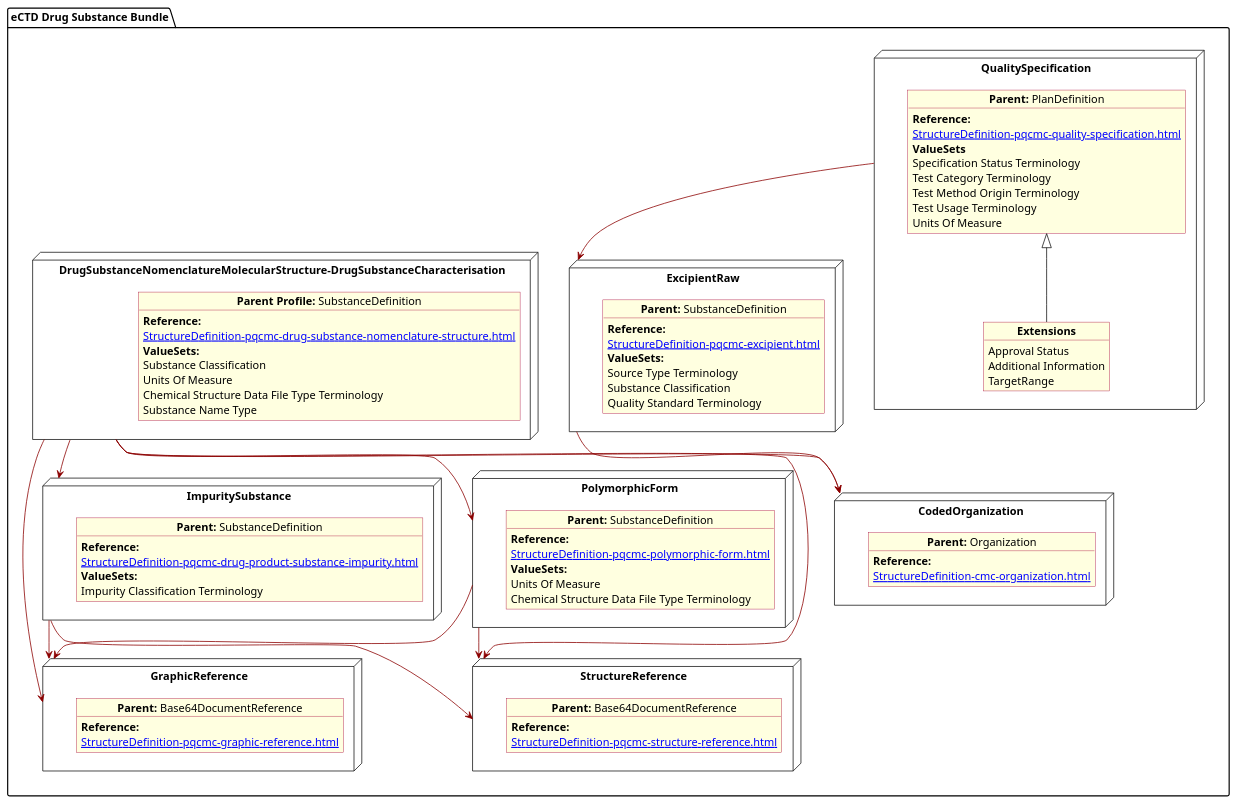
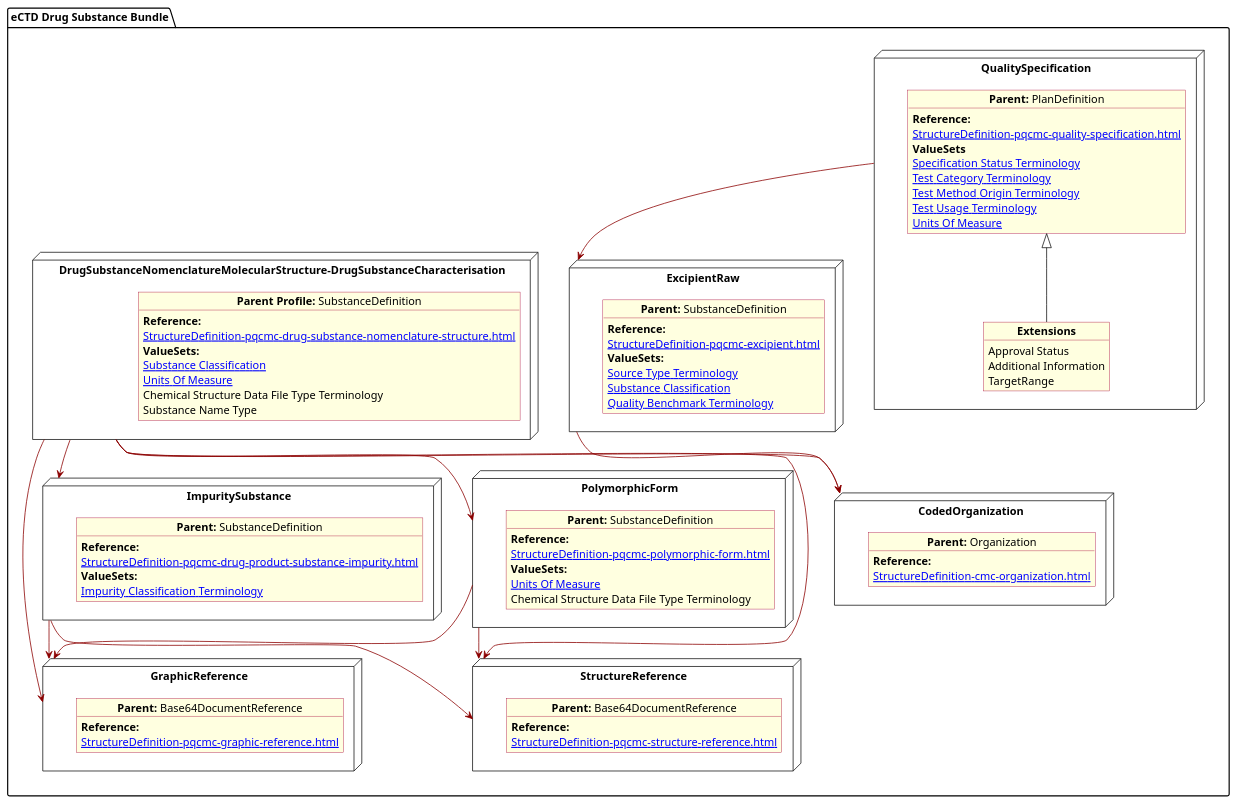
Before and after one commit to HL7/FHIR-us-pq-cmc-fda: the diagram in input/images-source/allSubstance.plantuml, drawn with PlantUML. The commit also changed 27 other files, not shown here.

Commit message:
PlantUml updates Misc commnet updates

```diff
--- a/input/images-source/allSubstance.plantuml
+++ b/input/images-source/allSubstance.plantuml
@@ -1,116 +1,116 @@
 @startuml allSubstance
 allowmixing
 'Mixed model of use case and object
 skinparam svgDimensionStyle false
 skinparam ObjectBackgroundColor LightYellow
 skinparam ObjectBorderColor #A80036
 skinparam activityDiamondBorderColor #A80036
 skinparam activityDiamondBackgroundColor lawnGreen
 skinparam ClassBorderThickness 4
 
 package "eCTD Drug Substance Bundle" as NODES {
 
     node "CodedOrganization" as NSO {
 
         object "**Parent:** Organization" as objAu {
             **Reference:**
             [[StructureDefinition-cmc-organization.html]]
         }
     }
 
     node "ExcipientRaw" as N2all1 {
 
         object "**Parent:** SubstanceDefinition" as objall22 {
             **Reference:**
             [[StructureDefinition-pqcmc-excipient.html]]
             **ValueSets:**
-            Source Type Terminology
-            Substance Classification
-            Quality Standard Terminology
+            [[ValueSet-pqcmc-source-type-terminology.html Source Type Terminology]]
+            [[ValueSet-substance-classification.html Substance Classification]]
+            [[ValueSet-pqcmc-quality-benchmark-terminology.html Quality Benchmark Terminology]]
         }
     }
     node "QualitySpecification" as N2all {
 
         object "**Parent:** PlanDefinition" as objall2 {
             **Reference:**
             [[StructureDefinition-pqcmc-quality-specification.html]]
             **ValueSets**
-            Specification Status Terminology
-            Test Category Terminology
-            Test Method Origin Terminology
-            Test Usage Terminology
-            Units Of Measure
+            [[ValueSet-pqcmc-specification-status-terminology.html Specification Status Terminology]]
+            [[ValueSet-pqcmc-test-category-terminology.html Test Category Terminology]]
+            [[ValueSet-pqcmc-test-method-origin-terminology.html Test Method Origin Terminology]]
+            [[ValueSet-pqcmc-test-usage-terminology.html Test Usage Terminology]]
+            [[ValueSet-pqcmc-units-of-measure.html Units Of Measure]]
         }
         object "**Extensions**" as objallQSEx {
             Approval Status
             Additional Information
             TargetRange
         }
         objall2 <|-- objallQSEx
     }
 
     node "DrugSubstanceNomenclatureMolecularStructure-DrugSubstanceCharacterisation" as NN {
 
         object "**Parent Profile:** SubstanceDefinition" as obj33 {
             **Reference:**
             [[StructureDefinition-pqcmc-drug-substance-nomenclature-structure.html]]
             **ValueSets:**
-            Substance Classification
-            Units Of Measure
+            [[ValueSet-substance-classification.html Substance Classification]]
+            [[ValueSet-pqcmc-units-of-measure.html Units Of Measure]]
             Chemical Structure Data File Type Terminology
             Substance Name Type
         }
     }
 
     node "ImpuritySubstance" as N6 {
 
         object "**Parent:** SubstanceDefinition" as obj2 {
             **Reference:**
             [[StructureDefinition-pqcmc-drug-product-substance-impurity.html]]
             **ValueSets:**
-            Impurity Classification Terminology
+            [[ValueSet-pqcmc-impurity-classification-terminology.html Impurity Classification Terminology]]
         }
     }
     node "GraphicReference" as NB64 {
 
         object "**Parent:** Base64DocumentReference"  as obj64 {
             **Reference:**
             [[StructureDefinition-pqcmc-graphic-reference.html]]
         }
     }
 
     node "PolymorphicForm" as N2 {
 
         object "**Parent:** SubstanceDefinition" as obj2poly {
             **Reference:**
             [[StructureDefinition-pqcmc-polymorphic-form.html]]
             **ValueSets:**
-            Units Of Measure
+            [[ValueSet-pqcmc-units-of-measure.html Units Of Measure]]
             Chemical Structure Data File Type Terminology
         }
     }
 
     node "StructureReference" as NBstruc {
 
         object "**Parent:** Base64DocumentReference"  as objb64 {
             **Reference:**
             [[StructureDefinition-pqcmc-structure-reference.html]]
         }
     }
 
 
     NN -[#darkred]-> N2
     NN -[#darkred]-> NB64
     NN -[#darkred]-> NBstruc
     NN -[#darkred]-> N6
     N2 -[#darkred]-> NB64
     N2 -[#darkred]-> NBstruc
     NN -[#darkred]-> NSO
     N2all1 -[#darkred]-> NSO
     N2all -[#darkred]-> N2all1
     N6 -[#darkred]-> NB64
     N6 -[#darkred]-> NBstruc
 }
 
 
 @enduml
```
